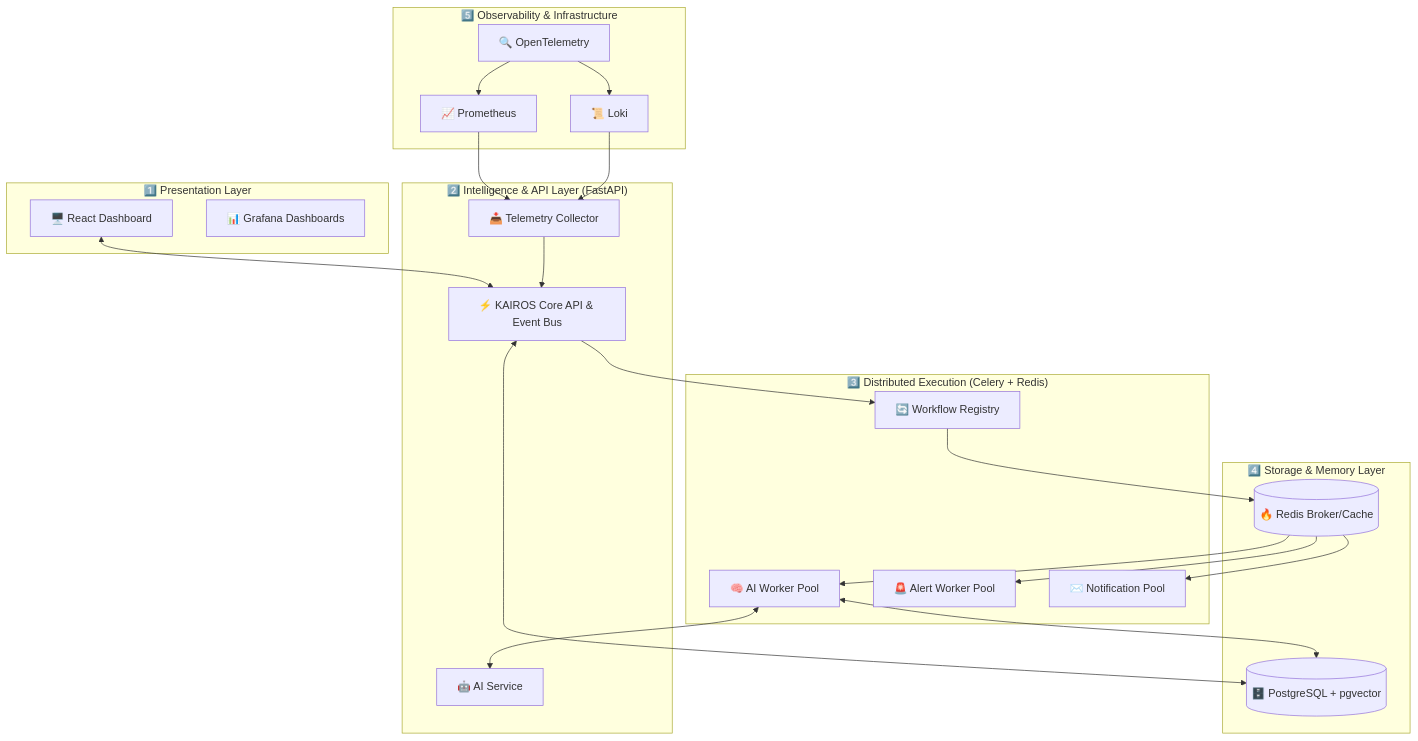
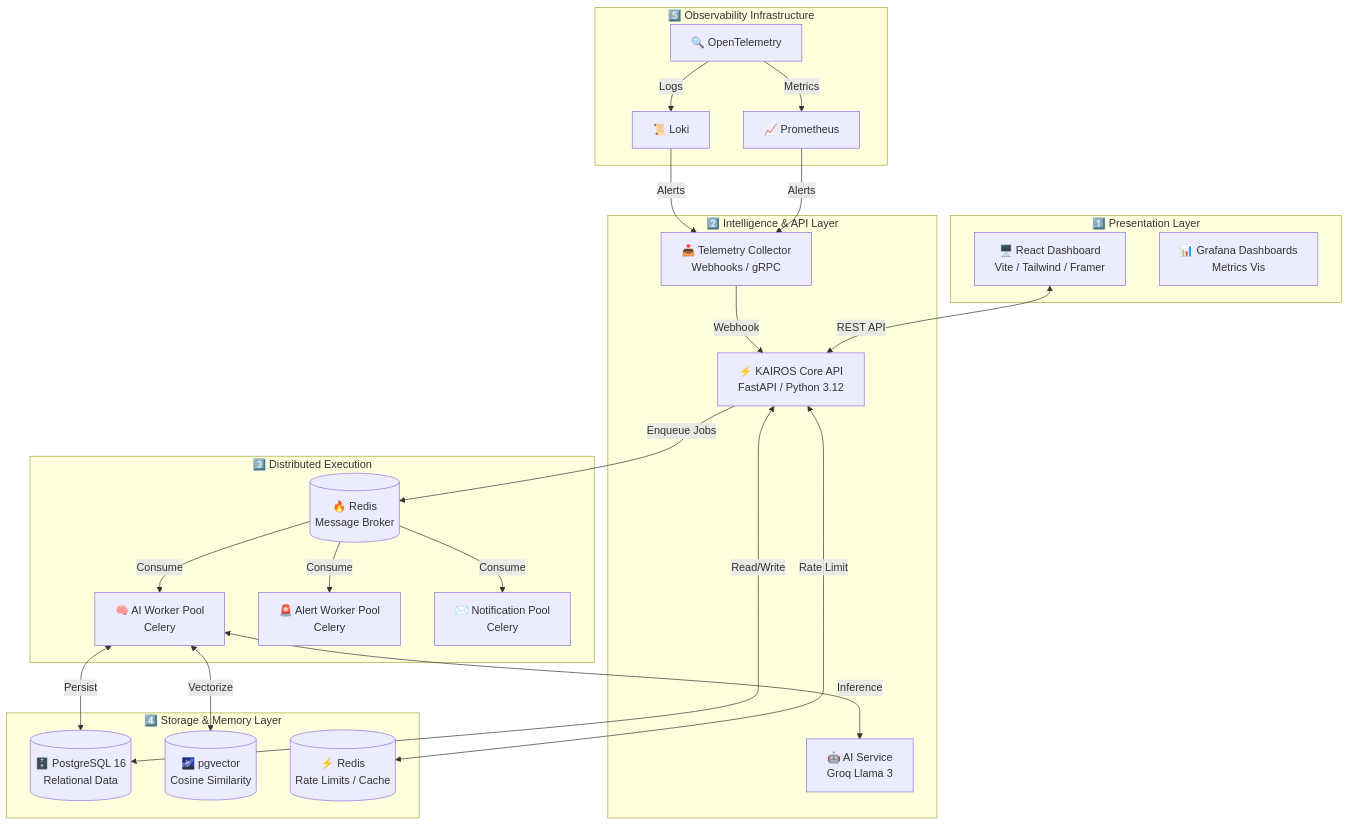
Before and after one commit to bhargavatejagolla/Kairos: the second of 2 diagrams in README.md, drawn with Mermaid. The commit also changed other lines of this file, not shown here.

Commit message:
docs: massively enhance README with animations, deep dive architecture, and detailed workflow charts

````diff
--- a/README.md
+++ b/README.md
@@ -131,49 +164,51 @@
 ```mermaid
 graph TB
     subgraph "1️⃣ Presentation Layer"
-        UI[🖥️ React Dashboard]
-        GRAF[📊 Grafana Dashboards]
+        UI[🖥️ React Dashboard<br/>Vite / Tailwind / Framer]
+        GRAF[📊 Grafana Dashboards<br/>Metrics Vis]
     end
 
-    subgraph "2️⃣ Intelligence & API Layer (FastAPI)"
-        API[⚡ KAIROS Core API & Event Bus]
-        COLL[📥 Telemetry Collector]
-        AI[🤖 AI Service]
+    subgraph "2️⃣ Intelligence & API Layer"
+        API[⚡ KAIROS Core API<br/>FastAPI / Python 3.12]
+        COLL[📥 Telemetry Collector<br/>Webhooks / gRPC]
+        AI[🤖 AI Service<br/>Groq Llama 3]
     end
 
-    subgraph "3️⃣ Distributed Execution (Celery + Redis)"
-        WK_AI[🧠 AI Worker Pool]
-        WK_AL[🚨 Alert Worker Pool]
-        WK_NT[✉️ Notification Pool]
-        REG[🔄 Workflow Registry]
+    subgraph "3️⃣ Distributed Execution"
+        RED[(🔥 Redis<br/>Message Broker)]
+        WK_AI[🧠 AI Worker Pool<br/>Celery]
+        WK_AL[🚨 Alert Worker Pool<br/>Celery]
+        WK_NT[✉️ Notification Pool<br/>Celery]
     end
 
     subgraph "4️⃣ Storage & Memory Layer"
-        PG[(🗄️ PostgreSQL + pgvector)]
-        RED[(🔥 Redis Broker/Cache)]
+        PG[(🗄️ PostgreSQL 16<br/>Relational Data)]
+        VEC[(🌌 pgvector<br/>Cosine Similarity)]
+        CACHE[(⚡ Redis<br/>Rate Limits / Cache)]
     end
 
-    subgraph "5️⃣ Observability & Infrastructure"
+    subgraph "5️⃣ Observability Infrastructure"
         PROM[📈 Prometheus]
         LOKI[📜 Loki]
         OTEL[🔍 OpenTelemetry]
     end
 
     %% Flow Connections
-    UI <--> API
-    API --> REG
-    REG --> RED
-    RED --> WK_AI
-    RED --> WK_AL
-    RED --> WK_NT
+    UI <-->|REST API| API
+    API -->|Enqueue Jobs| RED
+    RED -->|Consume| WK_AI
+    RED -->|Consume| WK_AL
+    RED -->|Consume| WK_NT
     
-    WK_AI <--> AI
-    WK_AI <--> PG
-    API <--> PG
+    WK_AI <-->|Inference| AI
+    WK_AI <-->|Persist| PG
+    WK_AI <-->|Vectorize| VEC
+    API <-->|Read/Write| PG
+    API <-->|Rate Limit| CACHE
     
-    OTEL --> PROM
-    OTEL --> LOKI
-    PROM --> COLL
-    LOKI --> COLL
-    COLL --> API
+    OTEL -->|Metrics| PROM
+    OTEL -->|Logs| LOKI
+    PROM -->|Alerts| COLL
+    LOKI -->|Alerts| COLL
+    COLL -->|Webhook| API
 ```
````
